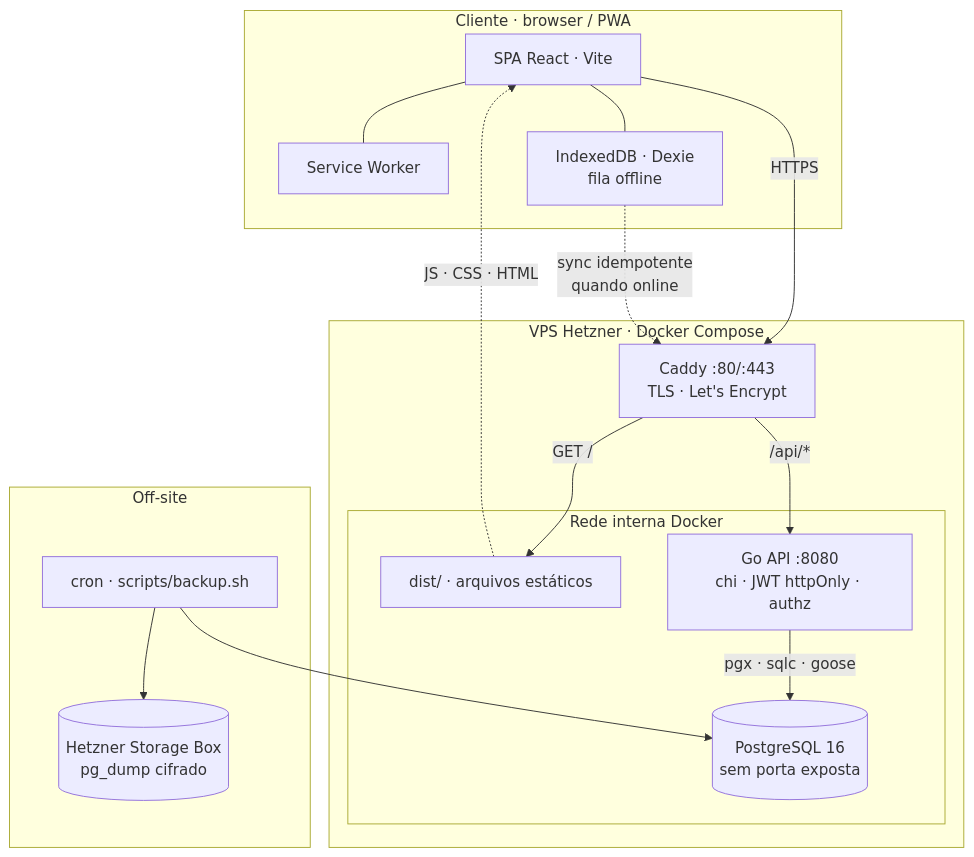
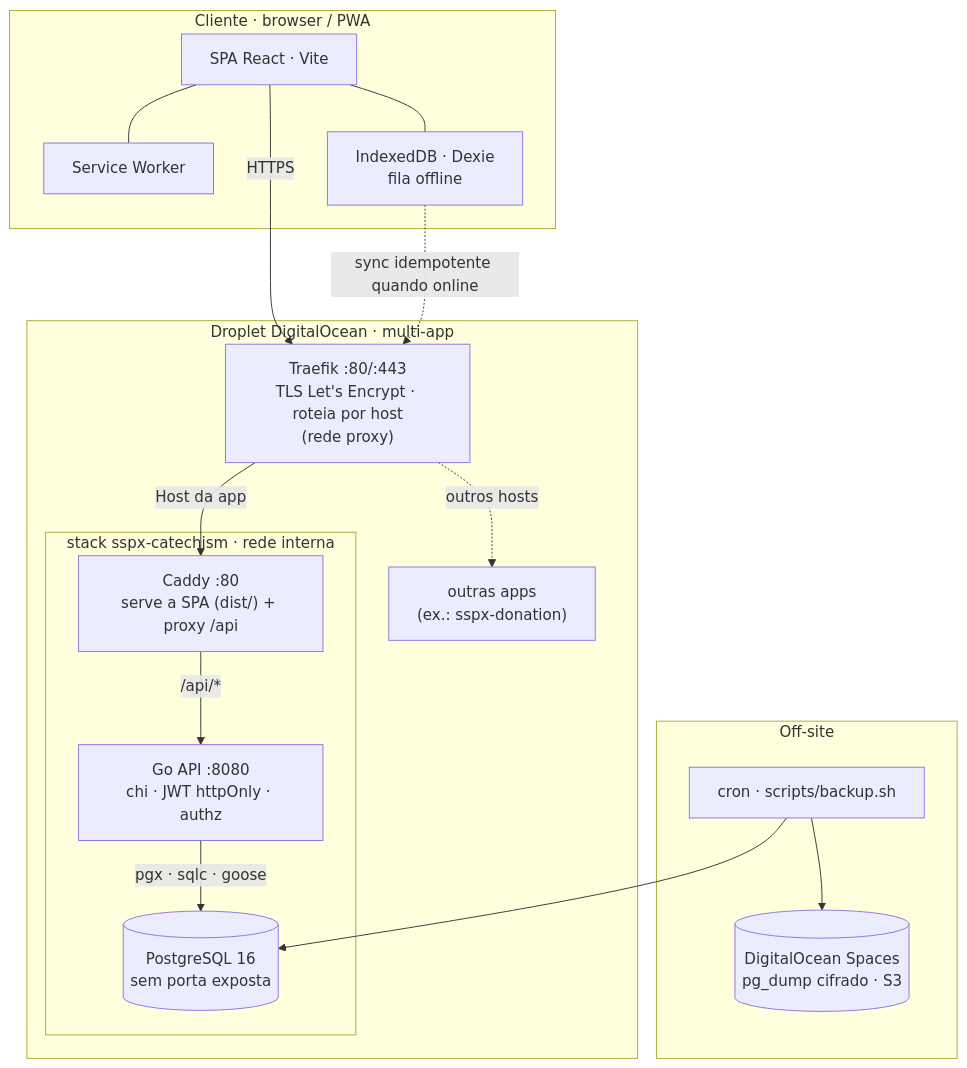
Before and after one commit to renan-rmsantos-tech/sspx-catechism: the first of 3 diagrams in README.md, drawn with Mermaid. The commit also changed other lines of this file and 8 other files, not shown here.

First line of the commit message:
docs(infra): atualizar documentação para DigitalOcean + remover legado Hetzner

````diff
--- a/README.md
+++ b/README.md
@@ -39,35 +41,37 @@
 ```mermaid
 flowchart TB
     subgraph client["Cliente · browser / PWA"]
         spa["SPA React · Vite"]
         sw["Service Worker"]
         idb["IndexedDB · Dexie\nfila offline"]
         spa --- sw
         spa --- idb
     end
 
-    subgraph vps["VPS Hetzner · Docker Compose"]
-        caddy["Caddy :80/:443\nTLS · Let's Encrypt"]
+    subgraph droplet["Droplet DigitalOcean · multi-app"]
+        traefik["Traefik :80/:443\nTLS Let's Encrypt · roteia por host\n(rede proxy)"]
 
-        subgraph internal["Rede interna Docker"]
-            static["dist/ · arquivos estáticos"]
+        subgraph stack["stack sspx-catechism · rede interna"]
+            web["Caddy :80\nserve a SPA (dist/) + proxy /api"]
             api["Go API :8080\nchi · JWT httpOnly · authz"]
             db[("PostgreSQL 16\nsem porta exposta")]
         end
 
-        caddy -->|GET /| static
-        caddy -->|/api/*| api
+        other["outras apps\n(ex.: sspx-donation)"]
+
+        traefik -->|Host da app| web
+        traefik -.->|outros hosts| other
+        web -->|/api/*| api
         api -->|pgx · sqlc · goose| db
     end
 
     subgraph offsite["Off-site"]
         cron["cron · scripts/backup.sh"]
-        box[("Hetzner Storage Box\npg_dump cifrado")]
+        spaces[("DigitalOcean Spaces\npg_dump cifrado · S3")]
     end
 
-    spa -->|HTTPS| caddy
-    static -.->|JS · CSS · HTML| spa
-    idb -.->|sync idempotente\nquando online| caddy
+    spa -->|HTTPS| traefik
+    idb -.->|sync idempotente quando online| traefik
     cron --> db
-    cron --> box
+    cron --> spaces
 ```
````
